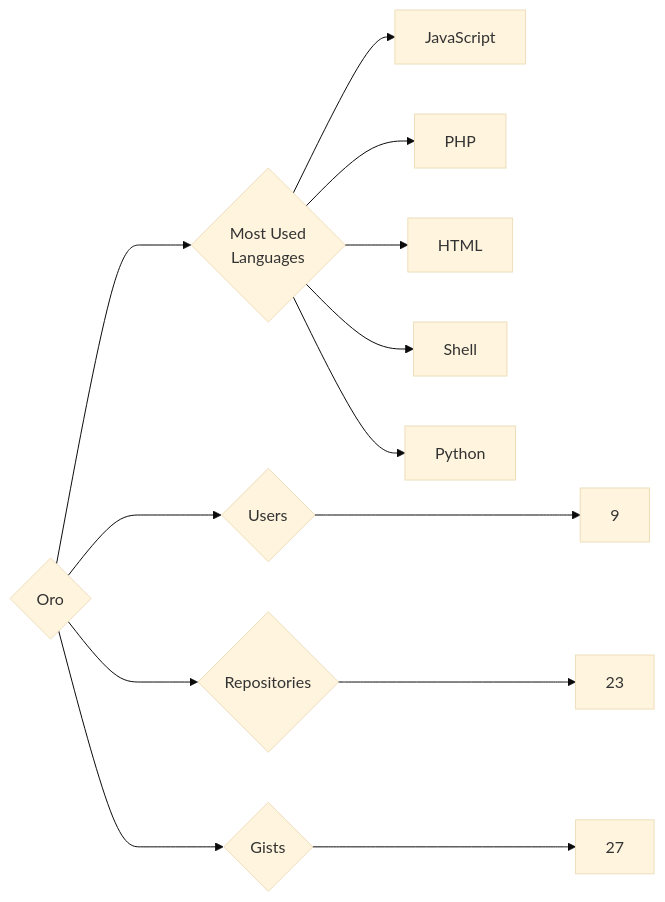
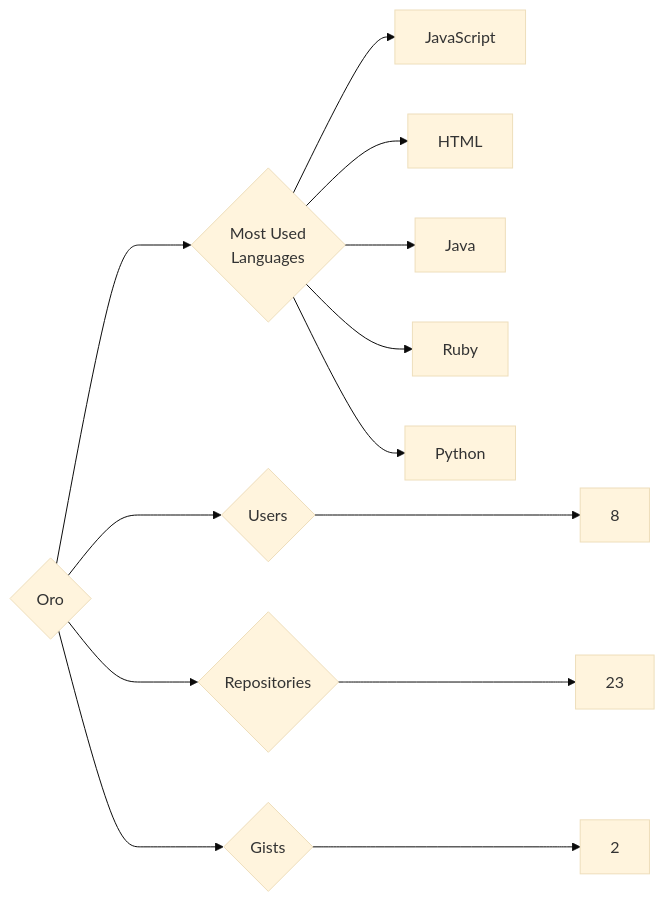
Before and after one commit to trickest/insiders: the diagram in targets/Oro/README.md, drawn with Mermaid (base theme). The commit also changed 965 other files, not shown here.

````diff
--- a/targets/Oro/README.md
+++ b/targets/Oro/README.md
@@ -3,13 +3,13 @@
 ```mermaid
 graph LR
 COMPANY_NAME{Oro}
-COMPANY_NAME ---> U{Users} ---> UN[9]
+COMPANY_NAME ---> U{Users} ---> UN[8]
 COMPANY_NAME ---> R{Repositories} ---> RN[23]
-COMPANY_NAME ---> G{Gists} ---> GN[27]
+COMPANY_NAME ---> G{Gists} ---> GN[2]
 COMPANY_NAME ---> ML{Most Used<br>Languages}
 ML --> JavaScript[JavaScript]
-ML --> PHP[PHP]
 ML --> HTML[HTML]
-ML --> Shell[Shell]
+ML --> Java[Java]
+ML --> Ruby[Ruby]
 ML --> Python[Python]
 ```
````
